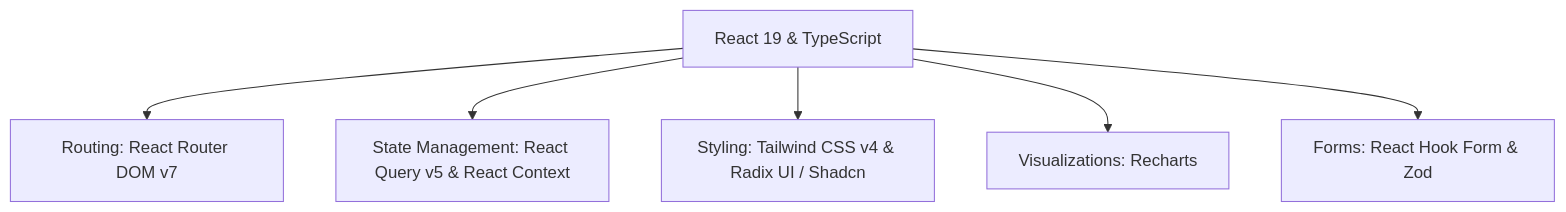
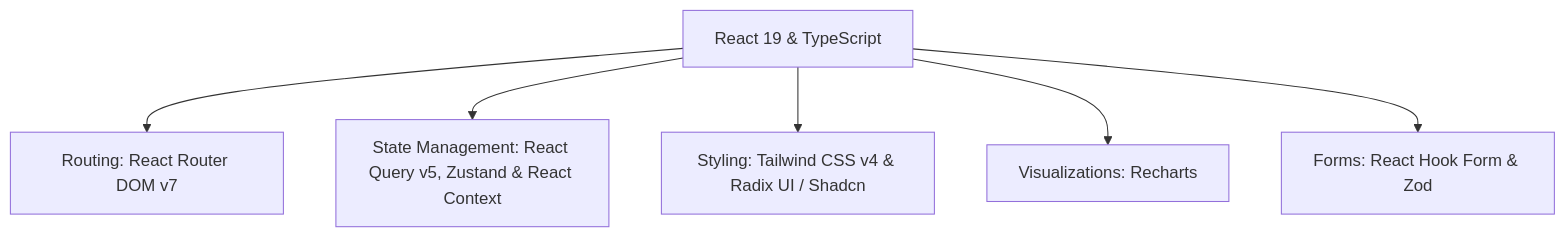
One commit to Scrlkk/frontend-sejajar changed the diagram in README.md. Above: the diagram before and after it, drawn with Mermaid. The commit also changed other lines of this file, not shown here.

Commit message:
docs: update project documentation to include Zustand state management and Vitest testing scripts

````diff
--- a/README.md
+++ b/README.md
@@ -58,8 +58,8 @@
 ```mermaid
 graph TD
     A[React 19 & TypeScript] --> B[Routing: React Router DOM v7]
-    A --> C[State Management: React Query v5 & React Context]
+    A --> C[State Management: React Query v5, Zustand & React Context]
     A --> D[Styling: Tailwind CSS v4 & Radix UI / Shadcn]
     A --> E[Visualizations: Recharts]
     A --> F[Forms: React Hook Form & Zod]
 ```
````
